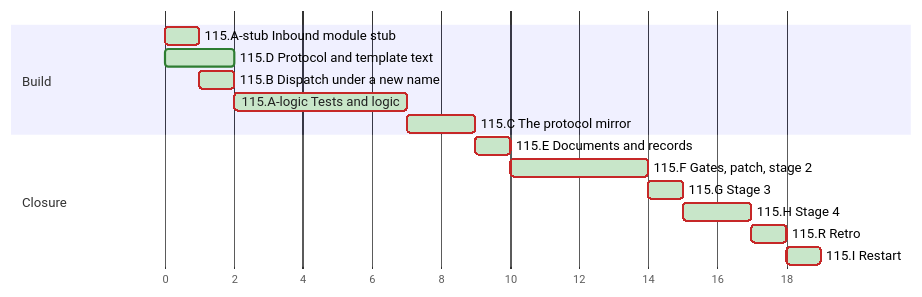
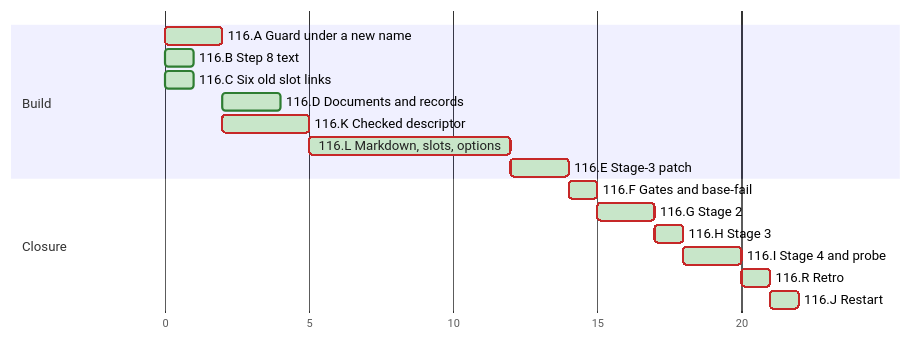
Before and after one commit to MatrixFounder/Agentic-development: the diagram in docs/PLAN.md, drawn with Mermaid. The commit also changed other lines of this file and 28 other files, not shown here.

Commit message:
v3.39.0 — the file mode refuses a directory that resolves outside and takes markdown files under docs/ and archive slots only, and three git commands are denied (TASK 116)

````diff
--- a/docs/PLAN.md
+++ b/docs/PLAN.md
@@ -370,23 +618,25 @@
 ```mermaid
-%%{init: {"look": "classic", "themeVariables": {"doneTaskBkgColor": "#C8E6C9", "doneTaskBorderColor": "#2E7D32", "activeTaskBkgColor": "#FFF3C4", "activeTaskBorderColor": "#F9A825", "taskBkgColor": "#FFFFFF", "taskBorderColor": "#9E9E9E", "critBkgColor": "#FFFFFF", "critBorderColor": "#C62828", "taskTextColor": "#212121", "taskTextDarkColor": "#212121"}, "gantt": {"barHeight": 16, "barGap": 4, "topPadding": 50, "fontSize": 12, "sectionFontSize": 12, "numberSectionStyles": 2, "useWidth": 900, "leftPadding": 140, "rightPadding": 164}, "themeCSS": ".grid .tick line { stroke-opacity: 0.25; } .activeText0.taskTextOutsideRight, .activeText1.taskTextOutsideRight, .activeText2.taskTextOutsideRight, .activeText3.taskTextOutsideRight, .activeCritText0.taskTextOutsideRight, .activeCritText1.taskTextOutsideRight, .activeCritText2.taskTextOutsideRight, .activeCritText3.taskTextOutsideRight, .doneText0.taskTextOutsideRight, .doneText1.taskTextOutsideRight, .doneText2.taskTextOutsideRight, .doneText3.taskTextOutsideRight, .doneCritText0.taskTextOutsideRight, .doneCritText1.taskTextOutsideRight, .doneCritText2.taskTextOutsideRight, .doneCritText3.taskTextOutsideRight, .activeText0.taskTextOutsideLeft, .activeText1.taskTextOutsideLeft, .activeText2.taskTextOutsideLeft, .activeText3.taskTextOutsideLeft, .activeCritText0.taskTextOutsideLeft, .activeCritText1.taskTextOutsideLeft, .activeCritText2.taskTextOutsideLeft, .activeCritText3.taskTextOutsideLeft, .doneText0.taskTextOutsideLeft, .doneText1.taskTextOutsideLeft, .doneText2.taskTextOutsideLeft, .doneText3.taskTextOutsideLeft, .doneCritText0.taskTextOutsideLeft, .doneCritText1.taskTextOutsideLeft, .doneCritText2.taskTextOutsideLeft, .doneCritText3.taskTextOutsideLeft { fill: #ffffff !important; mix-blend-mode: difference; }"}}%%
+%%{init: {"look": "classic", "themeVariables": {"doneTaskBkgColor": "#C8E6C9", "doneTaskBorderColor": "#2E7D32", "activeTaskBkgColor": "#FFF3C4", "activeTaskBorderColor": "#F9A825", "taskBkgColor": "#FFFFFF", "taskBorderColor": "#9E9E9E", "critBkgColor": "#FFFFFF", "critBorderColor": "#C62828", "taskTextColor": "#212121", "taskTextDarkColor": "#212121"}, "gantt": {"barHeight": 16, "barGap": 4, "topPadding": 50, "fontSize": 12, "sectionFontSize": 12, "numberSectionStyles": 2, "useWidth": 900, "leftPadding": 140, "rightPadding": 184}, "themeCSS": ".grid .tick line { stroke-opacity: 0.25; } .activeText0.taskTextOutsideRight, .activeText1.taskTextOutsideRight, .activeText2.taskTextOutsideRight, .activeText3.taskTextOutsideRight, .activeCritText0.taskTextOutsideRight, .activeCritText1.taskTextOutsideRight, .activeCritText2.taskTextOutsideRight, .activeCritText3.taskTextOutsideRight, .doneText0.taskTextOutsideRight, .doneText1.taskTextOutsideRight, .doneText2.taskTextOutsideRight, .doneText3.taskTextOutsideRight, .doneCritText0.taskTextOutsideRight, .doneCritText1.taskTextOutsideRight, .doneCritText2.taskTextOutsideRight, .doneCritText3.taskTextOutsideRight, .activeText0.taskTextOutsideLeft, .activeText1.taskTextOutsideLeft, .activeText2.taskTextOutsideLeft, .activeText3.taskTextOutsideLeft, .activeCritText0.taskTextOutsideLeft, .activeCritText1.taskTextOutsideLeft, .activeCritText2.taskTextOutsideLeft, .activeCritText3.taskTextOutsideLeft, .doneText0.taskTextOutsideLeft, .doneText1.taskTextOutsideLeft, .doneText2.taskTextOutsideLeft, .doneText3.taskTextOutsideLeft, .doneCritText0.taskTextOutsideLeft, .doneCritText1.taskTextOutsideLeft, .doneCritText2.taskTextOutsideLeft, .doneCritText3.taskTextOutsideLeft { fill: #ffffff !important; mix-blend-mode: difference; }"}}%%
 gantt
   accTitle: Plan chart
   accDescr: Each bar starts when its last dependency ends and lasts its estimate, the axis counts estimate hours from the start, not dates.
   dateFormat x
   axisFormat %Q
-  tickInterval 2millisecond
+  tickInterval 5millisecond
   todayMarker off
   section Build
-    115.A-stub Inbound module stub:done, crit, t115xAxstub, 0, 1ms
-    115.D Protocol and template text:done, t115xD, 0, 2ms
-    115.B Dispatch under a new name:done, crit, t115xB, 1, 1ms
-    115.A-logic Tests and logic:done, crit, t115xAxlogic, 2, 5ms
-    115.C The protocol mirror:done, crit, t115xC, 7, 2ms
+    116.A Guard under a new name:done, crit, t116xA, 0, 2ms
+    116.B Step 8 text:done, t116xB, 0, 1ms
+    116.C Six old slot links:done, t116xC, 0, 1ms
+    116.D Documents and records:done, t116xD, 2, 2ms
+    116.K Checked descriptor:done, crit, t116xK, 2, 3ms
+    116.L Markdown, slots, options:done, crit, t116xL, 5, 7ms
+    116.E Stage-3 patch:done, crit, t116xE, 12, 2ms
   section Closure
-    115.E Documents and records:done, crit, t115xE, 9, 1ms
-    115.F Gates, patch, stage 2:done, crit, t115xF, 10, 4ms
-    115.G Stage 3:done, crit, t115xG, 14, 1ms
-    115.H Stage 4:done, crit, t115xH, 15, 2ms
-    115.R Retro:done, crit, t115xR, 17, 1ms
-    115.I Restart:done, crit, t115xI, 18, 1ms
+    116.F Gates and base-fail:done, crit, t116xF, 14, 1ms
+    116.G Stage 2:done, crit, t116xG, 15, 2ms
+    116.H Stage 3:done, crit, t116xH, 17, 1ms
+    116.I Stage 4 and probe:done, crit, t116xI, 18, 2ms
+    116.R Retro:done, crit, t116xR, 20, 1ms
+    116.J Restart:done, crit, t116xJ, 21, 1ms
 ```
````
